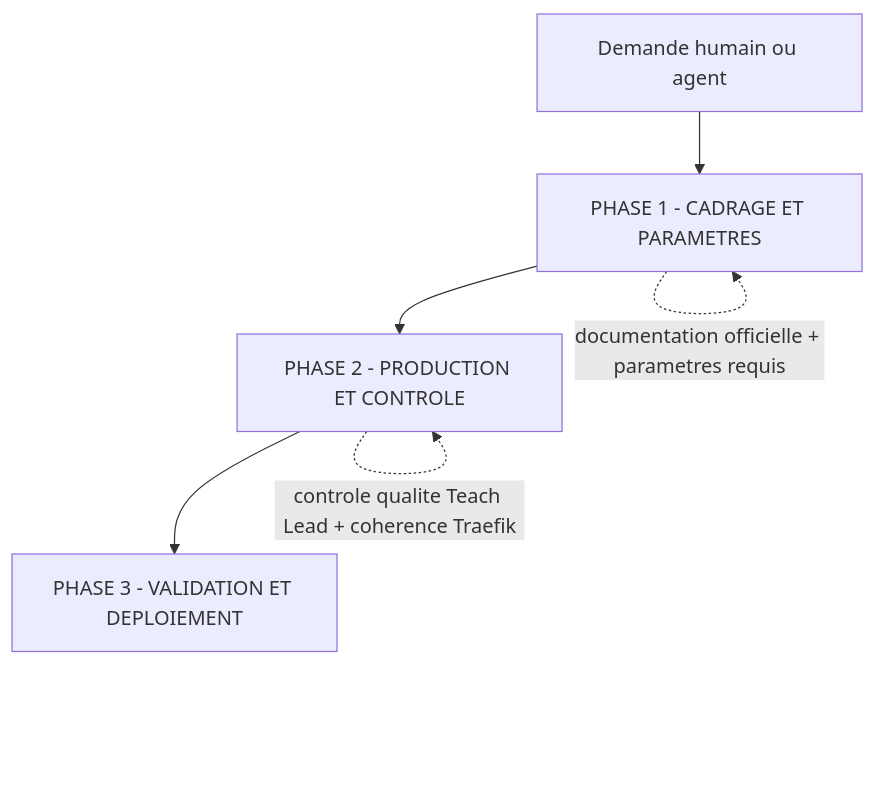
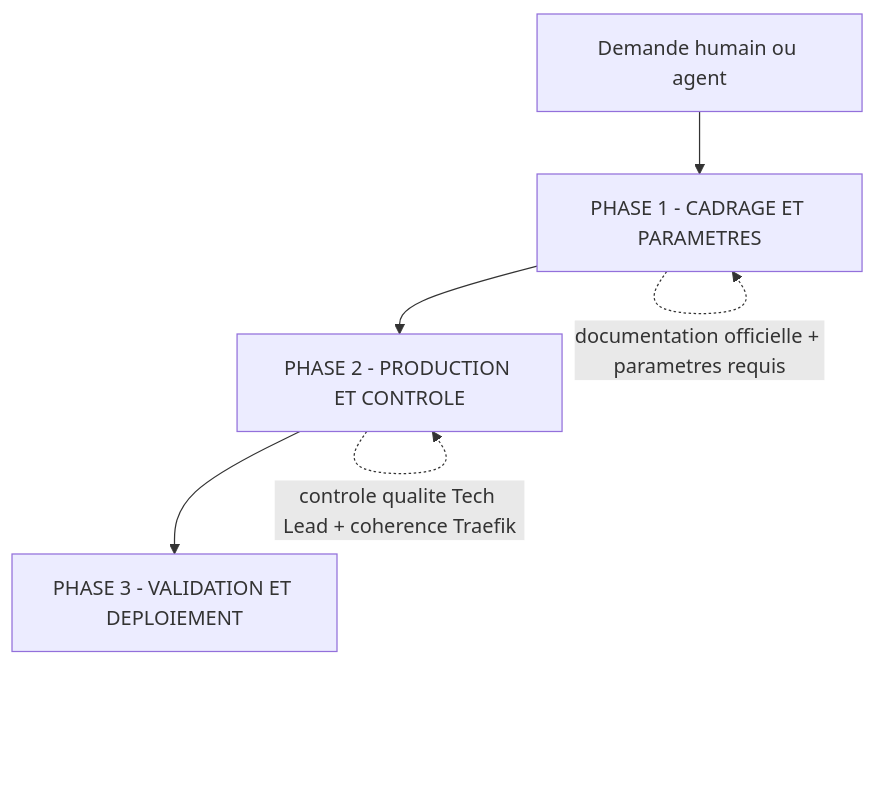
Before and after one commit to Gsyltc/homelab-portfolio: the first of 2 diagrams in docs/homelab-workflow.md, drawn with Mermaid. The commit also changed other lines of this file, not shown here.

First line of the commit message:
docs(workflow): corrige Teach Lead → Tech Lead

````diff
--- a/docs/homelab-workflow.md
+++ b/docs/homelab-workflow.md
@@ -112,8 +112,8 @@
 ```mermaid
 flowchart TD
     A[Demande humain ou agent] --> B[PHASE 1 - CADRAGE ET PARAMETRES]
     B --> C[PHASE 2 - PRODUCTION ET CONTROLE]
     C --> D[PHASE 3 - VALIDATION ET DEPLOIEMENT]
     B -.->|documentation officielle + parametres requis| B
-    C -.->|controle qualite Teach Lead + coherence Traefik| C
+    C -.->|controle qualite Tech Lead + coherence Traefik| C
 ```
````
